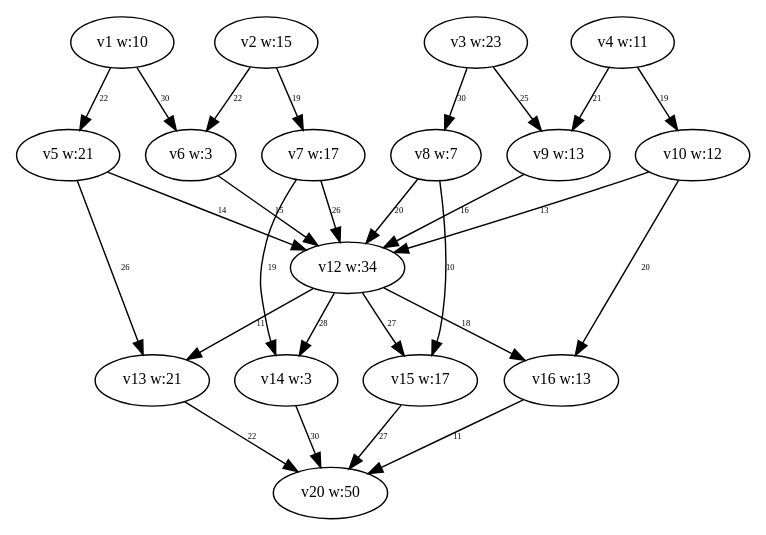
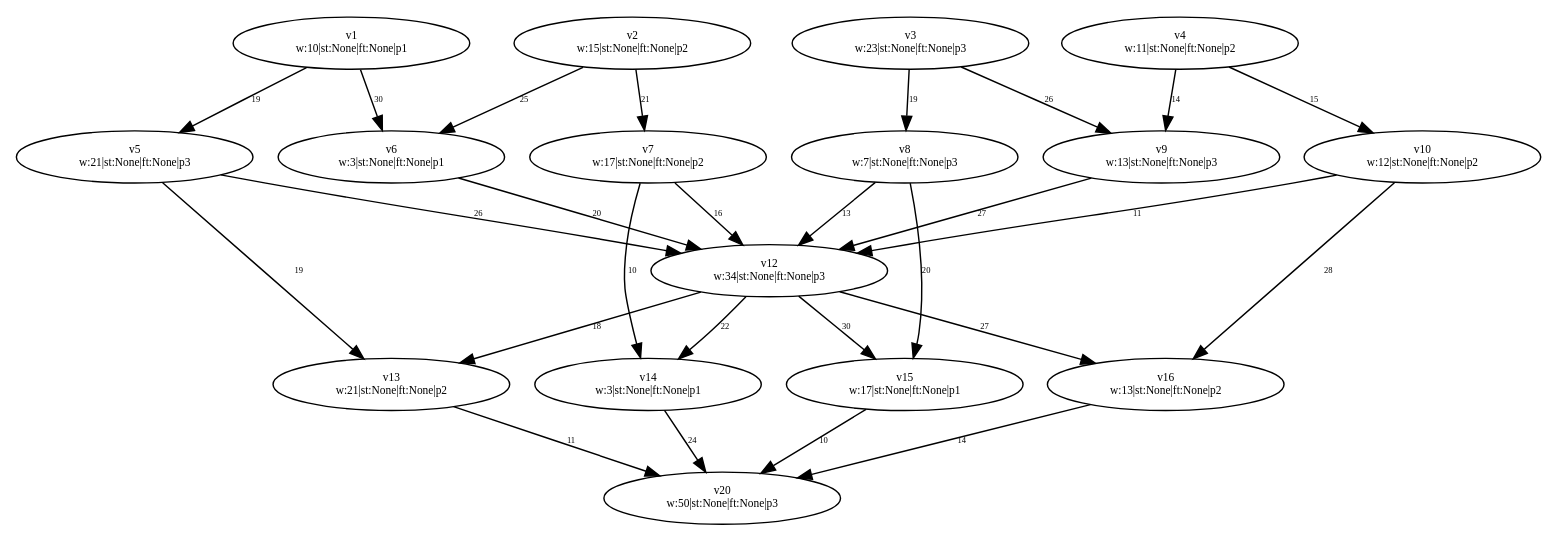
The diagram in PythonApplication1/PythonApplication1/test-output/slika_9_Simplified.gv (dexters1/Task-Scheduling-Based-on-Genetic-Algorithms), drawn with Graphviz before and after one commit. The commit also changed 51 other files, not shown here.

```diff
--- a/PythonApplication1/PythonApplication1/test-output/slika_9_Simplified.gv
+++ b/PythonApplication1/PythonApplication1/test-output/slika_9_Simplified.gv
@@ -1,44 +1,60 @@
 digraph {
-	v1 [label="v1 w:10" fontsize=11.0]
-	v2 [label="v2 w:15" fontsize=11.0]
-	v3 [label="v3 w:23" fontsize=11.0]
-	v4 [label="v4 w:11" fontsize=11.0]
-	v5 [label="v5 w:21" fontsize=11.0]
-	v6 [label="v6 w:3" fontsize=11.0]
-	v7 [label="v7 w:17" fontsize=11.0]
-	v8 [label="v8 w:7" fontsize=11.0]
-	v9 [label="v9 w:13" fontsize=11.0]
-	v10 [label="v10 w:12" fontsize=11.0]
-	v12 [label="v12 w:34" fontsize=11.0]
-	v13 [label="v13 w:21" fontsize=11.0]
-	v14 [label="v14 w:3" fontsize=11.0]
-	v15 [label="v15 w:17" fontsize=11.0]
-	v16 [label="v16 w:13" fontsize=11.0]
-	v20 [label="v20 w:50" fontsize=11.0]
-	v1 -> v5 [label=22 constraint=true fontsize=6.0]
+	v1 [label="v1
+w:10|st:None|ft:None|p1" fontsize=8.0]
+	v2 [label="v2
+w:15|st:None|ft:None|p2" fontsize=8.0]
+	v3 [label="v3
+w:23|st:None|ft:None|p3" fontsize=8.0]
+	v4 [label="v4
+w:11|st:None|ft:None|p2" fontsize=8.0]
+	v5 [label="v5
+w:21|st:None|ft:None|p3" fontsize=8.0]
+	v6 [label="v6
+w:3|st:None|ft:None|p1" fontsize=8.0]
+	v7 [label="v7
+w:17|st:None|ft:None|p2" fontsize=8.0]
+	v8 [label="v8
+w:7|st:None|ft:None|p3" fontsize=8.0]
+	v9 [label="v9
+w:13|st:None|ft:None|p3" fontsize=8.0]
+	v10 [label="v10
+w:12|st:None|ft:None|p2" fontsize=8.0]
+	v12 [label="v12
+w:34|st:None|ft:None|p3" fontsize=8.0]
+	v13 [label="v13
+w:21|st:None|ft:None|p2" fontsize=8.0]
+	v14 [label="v14
+w:3|st:None|ft:None|p1" fontsize=8.0]
+	v15 [label="v15
+w:17|st:None|ft:None|p1" fontsize=8.0]
+	v16 [label="v16
+w:13|st:None|ft:None|p2" fontsize=8.0]
+	v20 [label="v20
+w:50|st:None|ft:None|p3" fontsize=8.0]
+	v1 -> v5 [label=19 constraint=true fontsize=6.0]
 	v1 -> v6 [label=30 constraint=true fontsize=6.0]
-	v2 -> v6 [label=22 constraint=true fontsize=6.0]
-	v2 -> v7 [label=19 constraint=true fontsize=6.0]
-	v3 -> v8 [label=30 constraint=true fontsize=6.0]
-	v3 -> v9 [label=25 constraint=true fontsize=6.0]
-	v4 -> v9 [label=21 constraint=true fontsize=6.0]
-	v4 -> v10 [label=19 constraint=true fontsize=6.0]
-	v5 -> v13 [label=26 constraint=true fontsize=6.0]
-	v7 -> v14 [label=19 constraint=true fontsize=6.0]
-	v8 -> v15 [label=10 constraint=true fontsize=6.0]
-	v10 -> v16 [label=20 constraint=true fontsize=6.0]
-	v12 -> v13 [label=11 constraint=true fontsize=6.0]
-	v12 -> v14 [label=28 constraint=true fontsize=6.0]
-	v12 -> v15 [label=27 constraint=true fontsize=6.0]
-	v12 -> v16 [label=18 constraint=true fontsize=6.0]
-	v5 -> v12 [label=14 constraint=true fontsize=6.0]
-	v6 -> v12 [label=15 constraint=true fontsize=6.0]
-	v7 -> v12 [label=26 constraint=true fontsize=6.0]
-	v8 -> v12 [label=20 constraint=true fontsize=6.0]
-	v9 -> v12 [label=16 constraint=true fontsize=6.0]
-	v10 -> v12 [label=13 constraint=true fontsize=6.0]
-	v13 -> v20 [label=22 constraint=true fontsize=6.0]
-	v14 -> v20 [label=30 constraint=true fontsize=6.0]
-	v15 -> v20 [label=27 constraint=true fontsize=6.0]
-	v16 -> v20 [label=11 constraint=true fontsize=6.0]
+	v2 -> v6 [label=25 constraint=true fontsize=6.0]
+	v2 -> v7 [label=21 constraint=true fontsize=6.0]
+	v3 -> v8 [label=19 constraint=true fontsize=6.0]
+	v3 -> v9 [label=26 constraint=true fontsize=6.0]
+	v4 -> v9 [label=14 constraint=true fontsize=6.0]
+	v4 -> v10 [label=15 constraint=true fontsize=6.0]
+	v5 -> v13 [label=19 constraint=true fontsize=6.0]
+	v7 -> v14 [label=10 constraint=true fontsize=6.0]
+	v8 -> v15 [label=20 constraint=true fontsize=6.0]
+	v10 -> v16 [label=28 constraint=true fontsize=6.0]
+	v12 -> v13 [label=18 constraint=true fontsize=6.0]
+	v12 -> v14 [label=22 constraint=true fontsize=6.0]
+	v12 -> v15 [label=30 constraint=true fontsize=6.0]
+	v12 -> v16 [label=27 constraint=true fontsize=6.0]
+	v5 -> v12 [label=26 constraint=true fontsize=6.0]
+	v6 -> v12 [label=20 constraint=true fontsize=6.0]
+	v7 -> v12 [label=16 constraint=true fontsize=6.0]
+	v8 -> v12 [label=13 constraint=true fontsize=6.0]
+	v9 -> v12 [label=27 constraint=true fontsize=6.0]
+	v10 -> v12 [label=11 constraint=true fontsize=6.0]
+	v13 -> v20 [label=11 constraint=true fontsize=6.0]
+	v14 -> v20 [label=24 constraint=true fontsize=6.0]
+	v15 -> v20 [label=10 constraint=true fontsize=6.0]
+	v16 -> v20 [label=14 constraint=true fontsize=6.0]
 }
```
